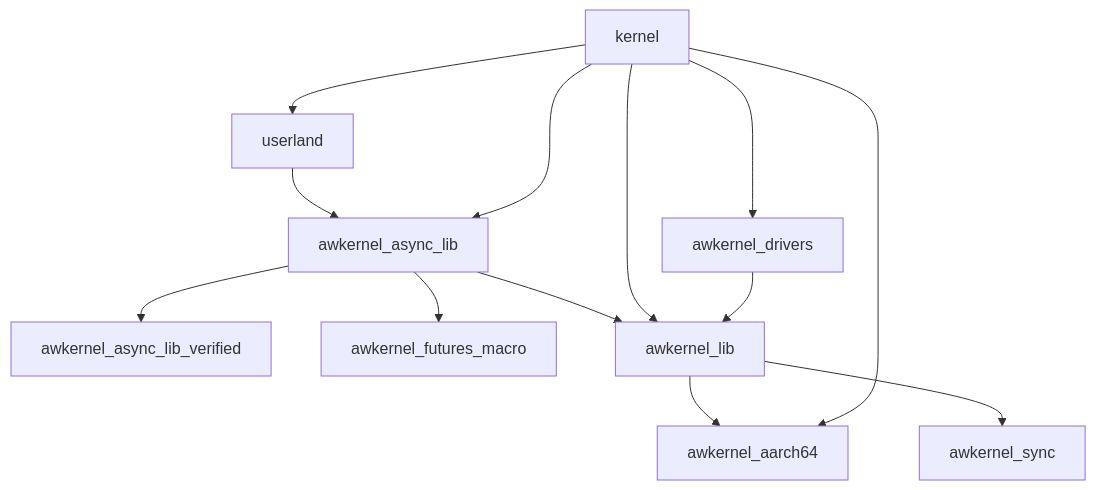
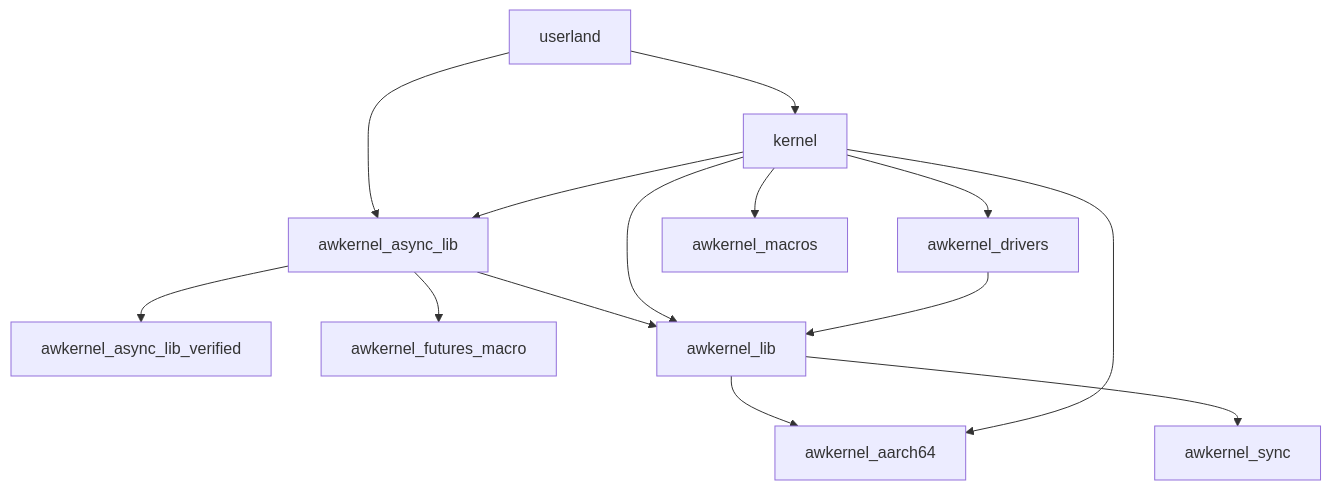
The diagram in README.md (tier4/awkernel), drawn with Mermaid before and after one commit. The commit also changed other lines of this file and 28 other files, not shown here.

First line of the commit message:
feat: drop userland dependency from kernel (#742)

````diff
--- a/README.md
+++ b/README.md
@@ -50,15 +52,16 @@
 ```mermaid
 graph TD;
     awkernel_async_lib-->awkernel_async_lib_verified;
     awkernel_async_lib-->awkernel_futures_macro;
     awkernel_lib-->awkernel_aarch64;
     awkernel_async_lib-->awkernel_lib;
     awkernel_lib-->awkernel_sync;
     userland-->awkernel_async_lib;
     kernel-->awkernel_lib;
     kernel-->awkernel_async_lib;
     kernel-->awkernel_aarch64;
     kernel-->awkernel_drivers;
     awkernel_drivers-->awkernel_lib;
-    kernel-->userland;
+    userland-->kernel;
+    kernel-->awkernel_macros;
 ```
````
